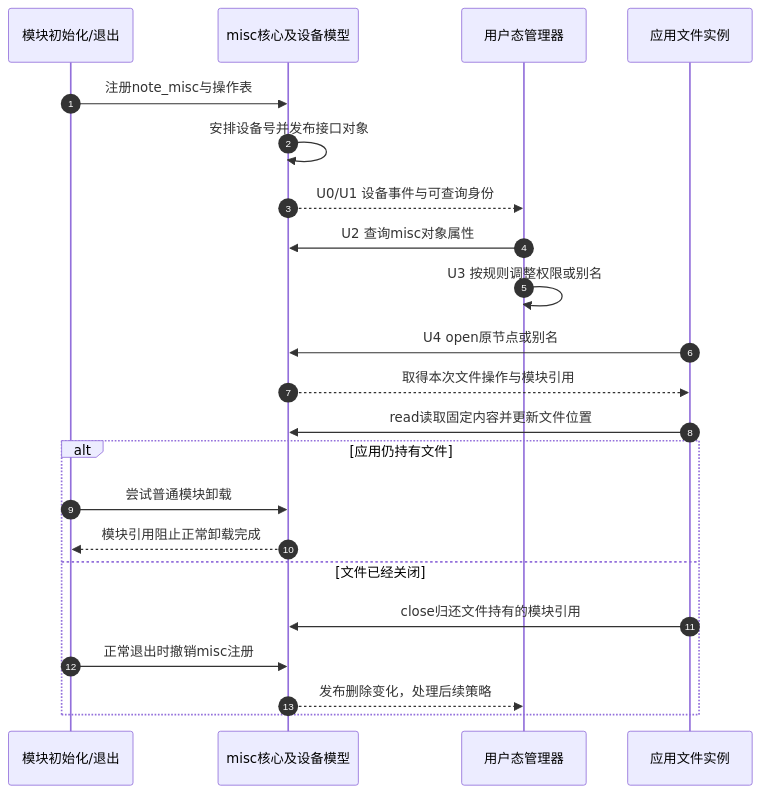
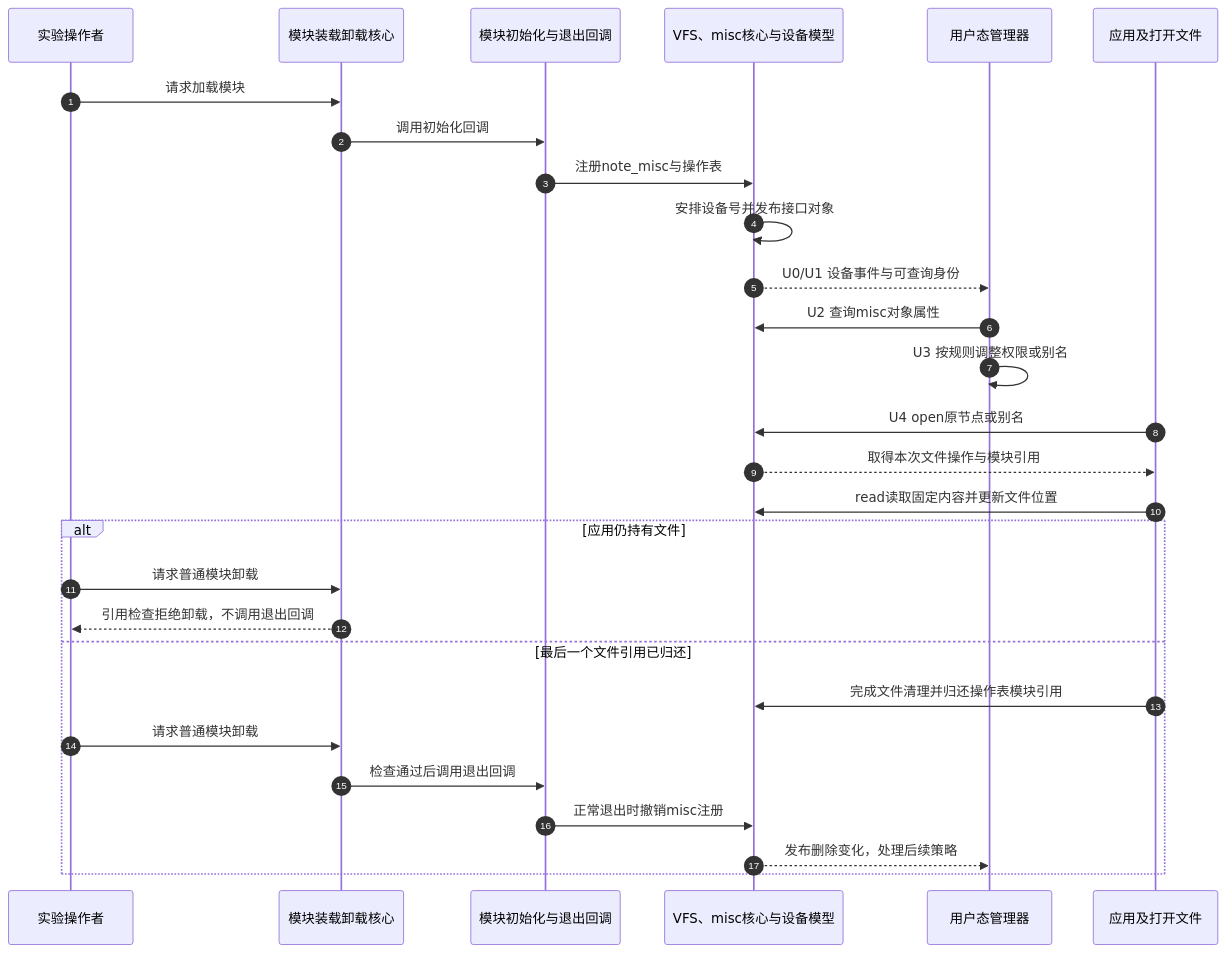
One commit to FormingSystem/linux_note changed the second of 3 diagrams in knowledge/linux/object_lifetime/devres/P03_驱动资源与用户态访问的协作.md. Above: the diagram before and after it, drawn with Mermaid. The commit also changed other lines of this file, not shown here.

````diff
--- a/knowledge/linux/object_lifetime/devres/P03_驱动资源与用户态访问的协作.md
+++ b/knowledge/linux/object_lifetime/devres/P03_驱动资源与用户态访问的协作.md
@@ -130,24 +102,30 @@
 ```mermaid
 sequenceDiagram
     autonumber
-    participant I as 模块初始化/退出
-    participant M as misc核心及设备模型
+    participant C as 实验操作者
+    participant L as 模块装载卸载核心
+    participant I as 模块初始化与退出回调
+    participant M as VFS、misc核心与设备模型
     participant U as 用户态管理器
-    participant F as 应用文件实例
+    participant F as 应用及打开文件
+    C->>L: 请求加载模块
+    L->>I: 调用初始化回调
     I->>M: 注册note_misc与操作表
     M->>M: 安排设备号并发布接口对象
     M-->>U: U0/U1 设备事件与可查询身份
     U->>M: U2 查询misc对象属性
     U->>U: U3 按规则调整权限或别名
     F->>M: U4 open原节点或别名
     M-->>F: 取得本次文件操作与模块引用
     F->>M: read读取固定内容并更新文件位置
     alt 应用仍持有文件
-        I->>M: 尝试普通模块卸载
-        M-->>I: 模块引用阻止正常卸载完成
-    else 文件已经关闭
-        F->>M: close归还文件持有的模块引用
+        C->>L: 请求普通模块卸载
+        L-->>C: 引用检查拒绝卸载，不调用退出回调
+    else 最后一个文件引用已归还
+        F->>M: 完成文件清理并归还操作表模块引用
+        C->>L: 请求普通模块卸载
+        L->>I: 检查通过后调用退出回调
         I->>M: 正常退出时撤销misc注册
         M-->>U: 发布删除变化，处理后续策略
     end
 ```
````
